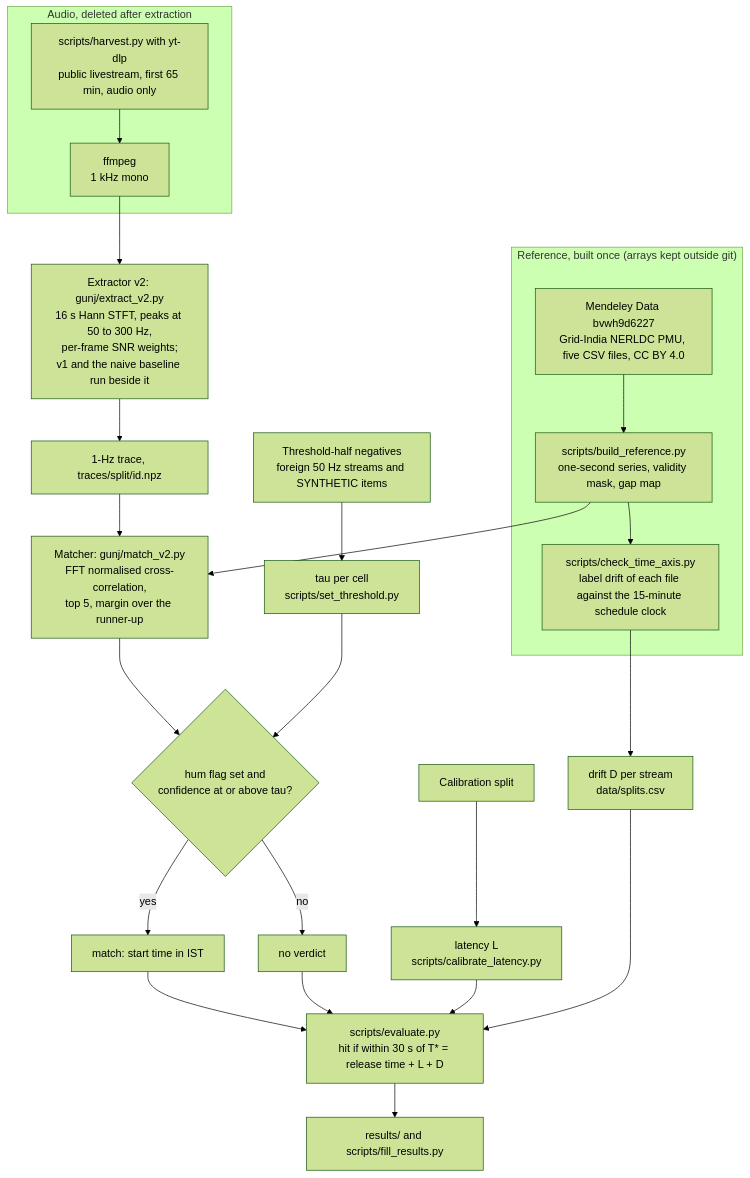
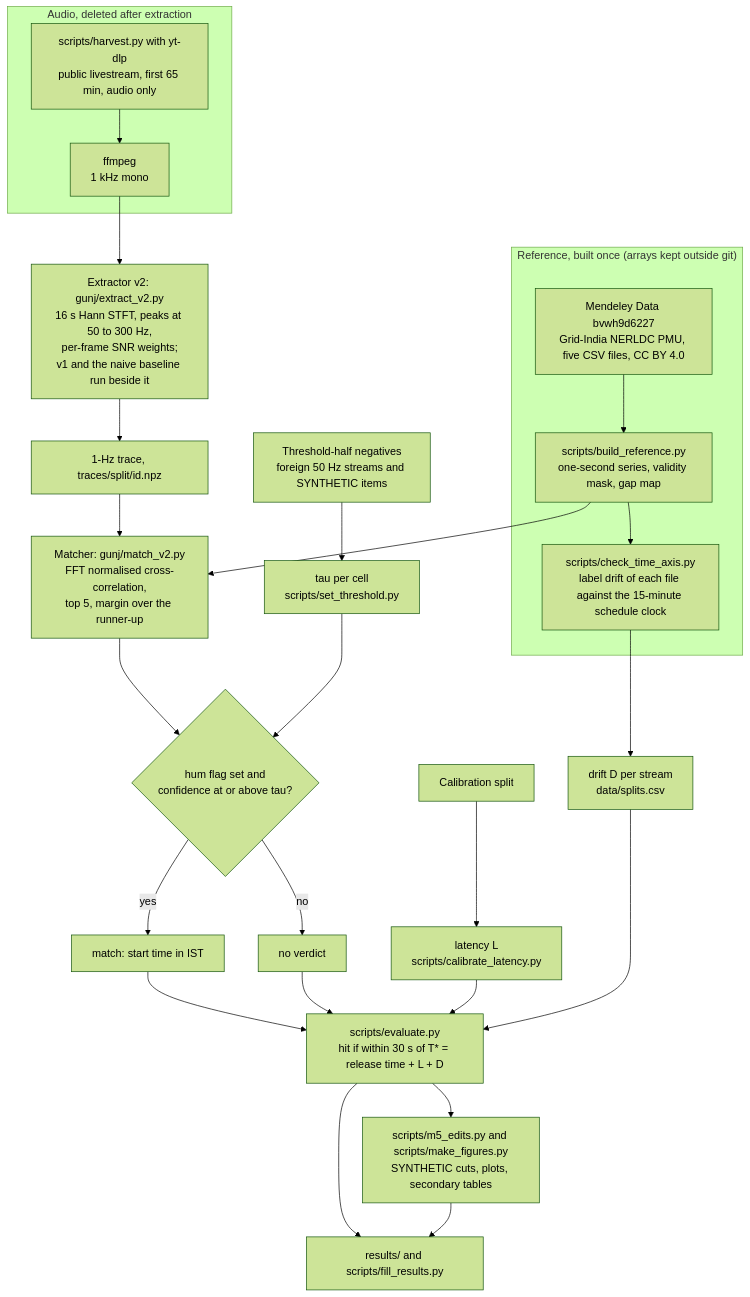
Before and after one commit to satanrayshe/gunj: the diagram in README.md, drawn with Mermaid (forest theme). The commit also changed other lines of this file and 5 other files, not shown here.

````diff
--- a/README.md
+++ b/README.md
@@ -153,26 +310,28 @@
 ```mermaid
 flowchart TD
     subgraph REF["Reference, built once (arrays kept outside git)"]
         M["Mendeley Data bvwh9d6227<br/>Grid-India NERLDC PMU, five CSV files, CC BY 4.0"] --> B["scripts/build_reference.py<br/>one-second series, validity mask, gap map"]
         B --> T["scripts/check_time_axis.py<br/>label drift of each file against the 15-minute schedule clock"]
     end
     subgraph AUD["Audio, deleted after extraction"]
         Y["scripts/harvest.py with yt-dlp<br/>public livestream, first 65 min, audio only"] --> F["ffmpeg<br/>1 kHz mono"]
     end
     F --> X["Extractor v2: gunj/extract_v2.py<br/>16 s Hann STFT, peaks at 50 to 300 Hz,<br/>per-frame SNR weights;<br/>v1 and the naive baseline run beside it"]
     X --> TR["1-Hz trace, traces/split/id.npz"]
     TR --> MA["Matcher: gunj/match_v2.py<br/>FFT normalised cross-correlation,<br/>top 5, margin over the runner-up"]
     B --> MA
     NEG["Threshold-half negatives<br/>foreign 50 Hz streams and SYNTHETIC items"] --> TAU["tau per cell<br/>scripts/set_threshold.py"]
     CAL["Calibration split"] --> L["latency L<br/>scripts/calibrate_latency.py"]
     T --> D["drift D per stream<br/>data/splits.csv"]
     MA --> V{"hum flag set and<br/>confidence at or above tau?"}
     TAU --> V
     V -->|yes| LOCK["match: start time in IST"]
     V -->|no| NV["no verdict"]
     LOCK --> EV["scripts/evaluate.py<br/>hit if within 30 s of T* = release time + L + D"]
     NV --> EV
     L --> EV
     D --> EV
+    EV --> POST["scripts/m5_edits.py and scripts/make_figures.py<br/>SYNTHETIC cuts, plots, secondary tables"]
     EV --> R["results/ and scripts/fill_results.py"]
+    POST --> R
 ```
````
